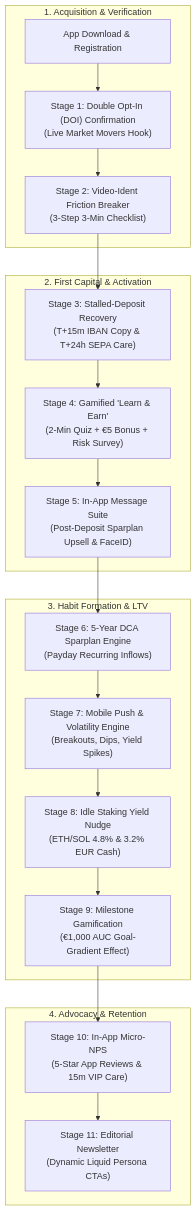
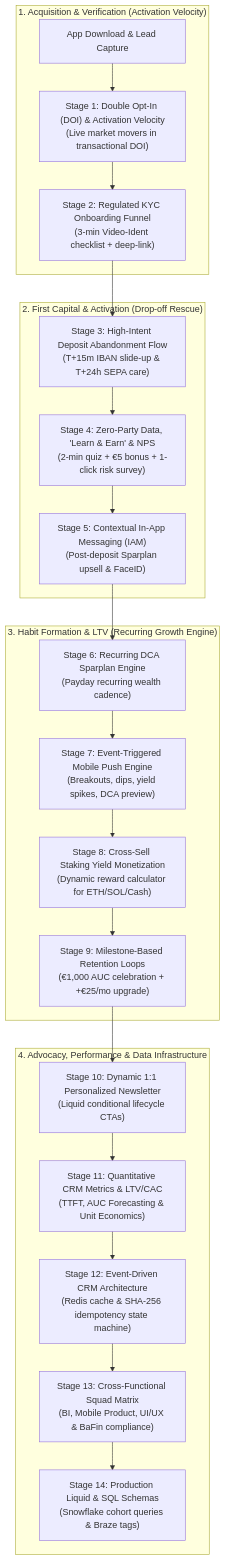
Before and after one commit to Faizan021/crypto-trading-growth-engine: the diagram in README.md, drawn with Mermaid. The commit also changed other lines of this file and 2 other files, not shown here.

Commit message:
docs(crm): execute complete audit upgrading all modules to enterprise CRM Marketing and Lifecycle nomenclature

````diff
--- a/README.md
+++ b/README.md
@@ -15,25 +15,28 @@
 ```mermaid
 flowchart TD
-    subgraph S1["1. Acquisition & Verification"]
-        A["App Download & Registration"] --> B["Stage 1: Double Opt-In (DOI) Confirmation<br>(Live Market Movers Hook)"]
-        B --> C["Stage 2: Video-Ident Friction Breaker<br>(3-Step 3-Min Checklist)"]
+    subgraph S1["1. Acquisition & Verification (Activation Velocity)"]
+        A["App Download & Lead Capture"] --> B["Stage 1: Double Opt-In (DOI) & Activation Velocity<br>(Live market movers in transactional DOI)"]
+        B --> C["Stage 2: Regulated KYC Onboarding Funnel<br>(3-min Video-Ident checklist + deep-link)"]
     end
 
-    subgraph S2["2. First Capital & Activation"]
-        C --> D["Stage 3: Stalled-Deposit Recovery<br>(T+15m IBAN Copy & T+24h SEPA Care)"]
-        D --> E["Stage 4: Gamified 'Learn & Earn'<br>(2-Min Quiz + €5 Bonus + Risk Survey)"]
-        E --> F["Stage 5: In-App Message Suite<br>(Post-Deposit Sparplan Upsell & FaceID)"]
+    subgraph S2["2. First Capital & Activation (Drop-off Rescue)"]
+        C --> D["Stage 3: High-Intent Deposit Abandonment Flow<br>(T+15m IBAN slide-up & T+24h SEPA care)"]
+        D --> E["Stage 4: Zero-Party Data, 'Learn & Earn' & NPS<br>(2-min quiz + €5 bonus + 1-click risk survey)"]
+        E --> F["Stage 5: Contextual In-App Messaging (IAM)<br>(Post-deposit Sparplan upsell & FaceID)"]
     end
 
-    subgraph S3["3. Habit Formation & LTV"]
-        F --> G["Stage 6: 5-Year DCA Sparplan Engine<br>(Payday Recurring Inflows)"]
-        G --> H["Stage 7: Mobile Push & Volatility Engine<br>(Breakouts, Dips, Yield Spikes)"]
-        H --> I["Stage 8: Idle Staking Yield Nudge<br>(ETH/SOL 4.8% & 3.2% EUR Cash)"]
-        I --> J["Stage 9: Milestone Gamification<br>(€1,000 AUC Goal-Gradient Effect)"]
+    subgraph S3["3. Habit Formation & LTV (Recurring Growth Engine)"]
+        F --> G["Stage 6: Recurring DCA Sparplan Engine<br>(Payday recurring wealth cadence)"]
+        G --> H["Stage 7: Event-Triggered Mobile Push Engine<br>(Breakouts, dips, yield spikes, DCA preview)"]
+        H --> I["Stage 8: Cross-Sell Staking Yield Monetization<br>(Dynamic reward calculator for ETH/SOL/Cash)"]
+        I --> J["Stage 9: Milestone-Based Retention Loops<br>(€1,000 AUC celebration + +€25/mo upgrade)"]
     end
 
-    subgraph S4["4. Advocacy & Retention"]
-        J --> K["Stage 10: In-App Micro-NPS<br>(5-Star App Reviews & 15m VIP Care)"]
-        K --> L["Stage 11: Editorial Newsletter<br>(Dynamic Liquid Persona CTAs)"]
+    subgraph S4["4. Advocacy, Performance & Data Infrastructure"]
+        J --> K["Stage 10: Dynamic 1:1 Personalized Newsletter<br>(Liquid conditional lifecycle CTAs)"]
+        K --> L["Stage 11: Quantitative CRM Metrics & LTV/CAC<br>(TTFT, AUC Forecasting & Unit Economics)"]
+        L --> M["Stage 12: Event-Driven CRM Architecture<br>(Redis cache & SHA-256 idempotency state machine)"]
+        M --> N["Stage 13: Cross-Functional Squad Matrix<br>(BI, Mobile Product, UI/UX & BaFin compliance)"]
+        N --> O["Stage 14: Production Liquid & SQL Schemas<br>(Snowflake cohort queries & Braze tags)"]
     end
 ```
````
